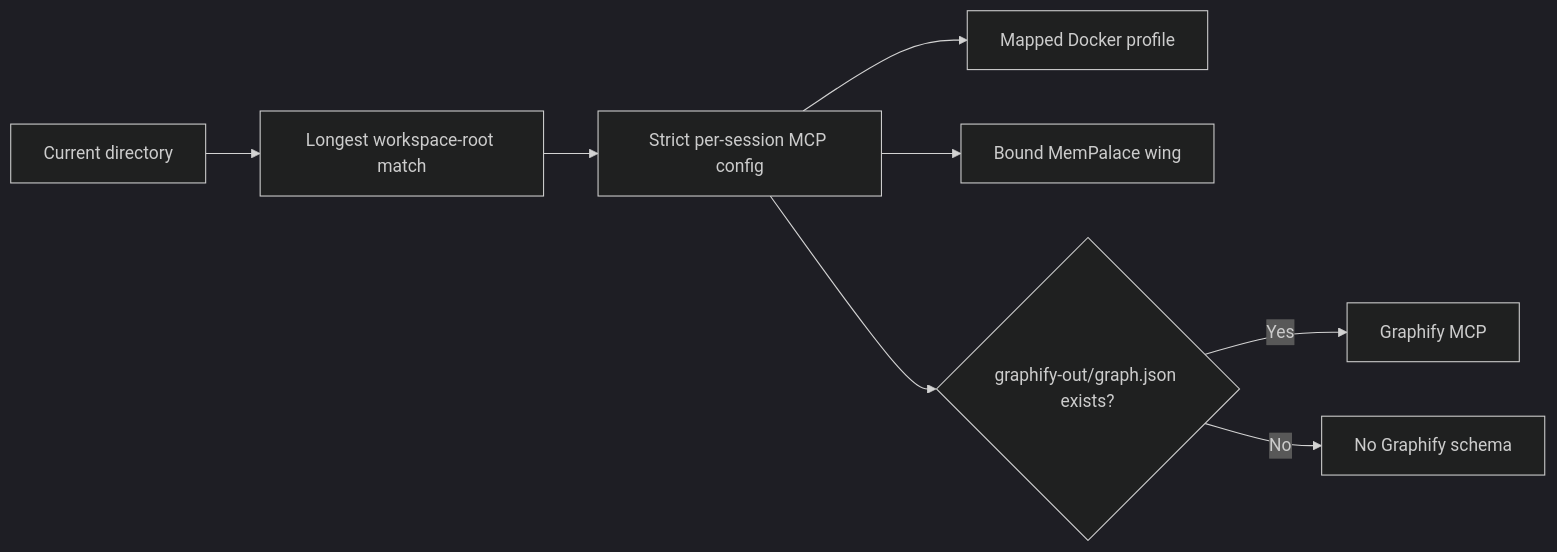
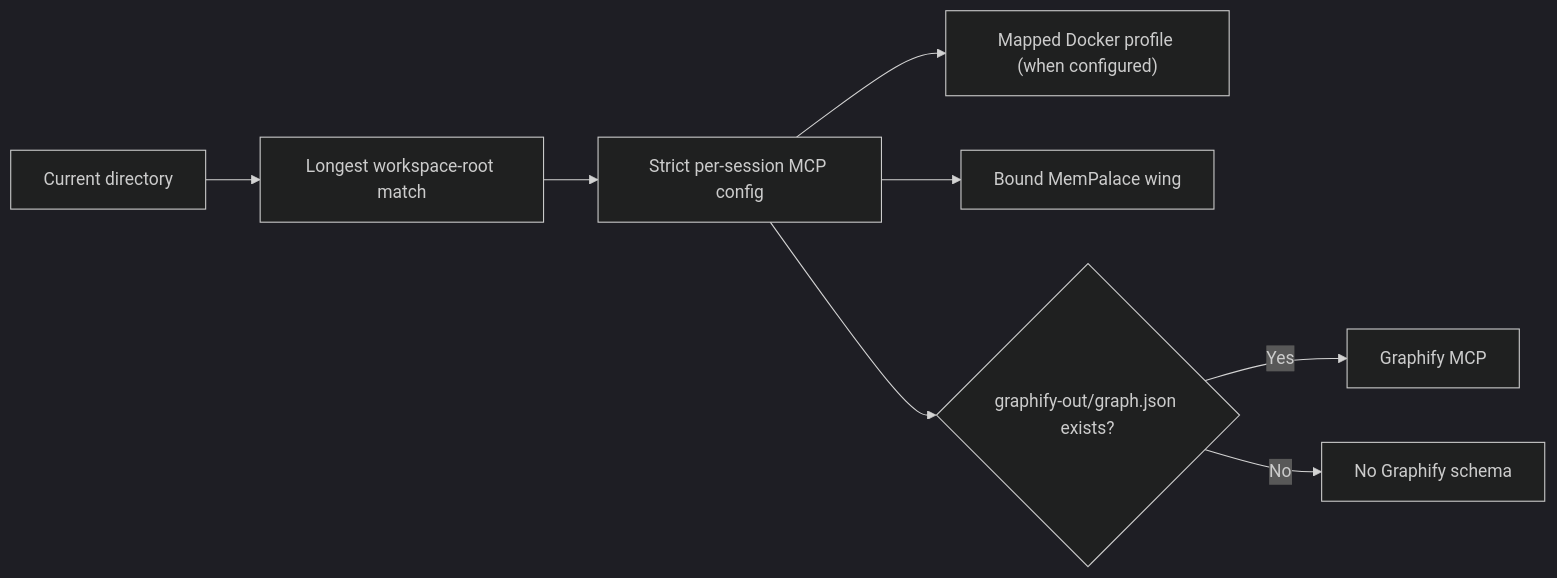
Before and after one commit to orichum/claudex-workflow: the fifth of 5 diagrams in README.md, drawn with Mermaid (dark theme). The commit also changed other lines of this file and 4 other files, not shown here.

````diff
--- a/README.md
+++ b/README.md
@@ -248,10 +249,10 @@
 ```mermaid
 flowchart LR
     Cwd["Current directory"] --> Match["Longest workspace-root match"]
     Match --> Session["Strict per-session MCP config"]
-    Session --> Docker["Mapped Docker profile"]
+    Session --> Docker["Mapped Docker profile (when configured)"]
     Session --> Memory["Bound MemPalace wing"]
     Session --> Graph{"graphify-out/graph.json exists?"}
     Graph -->|"Yes"| Graphify["Graphify MCP"]
     Graph -->|"No"| Skip["No Graphify schema"]
 ```
````
